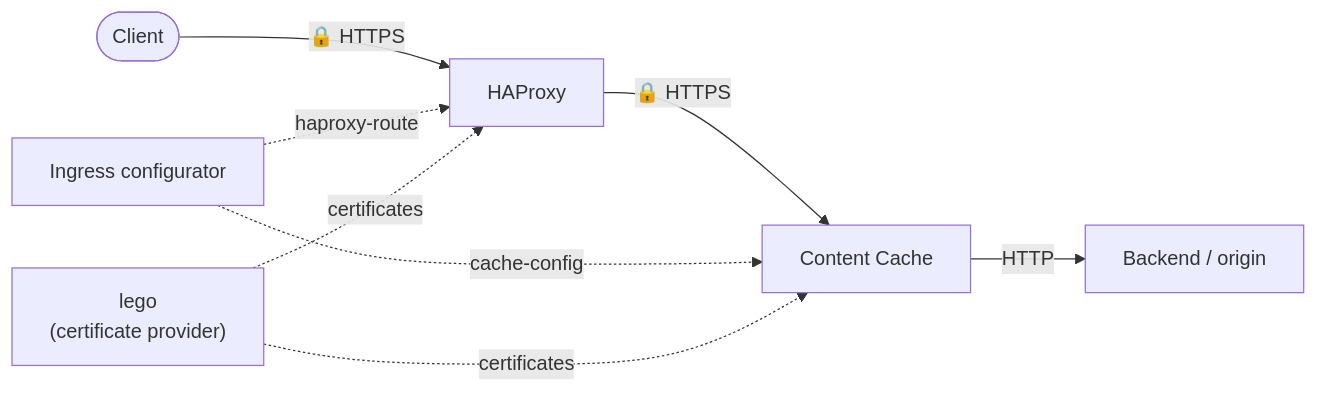
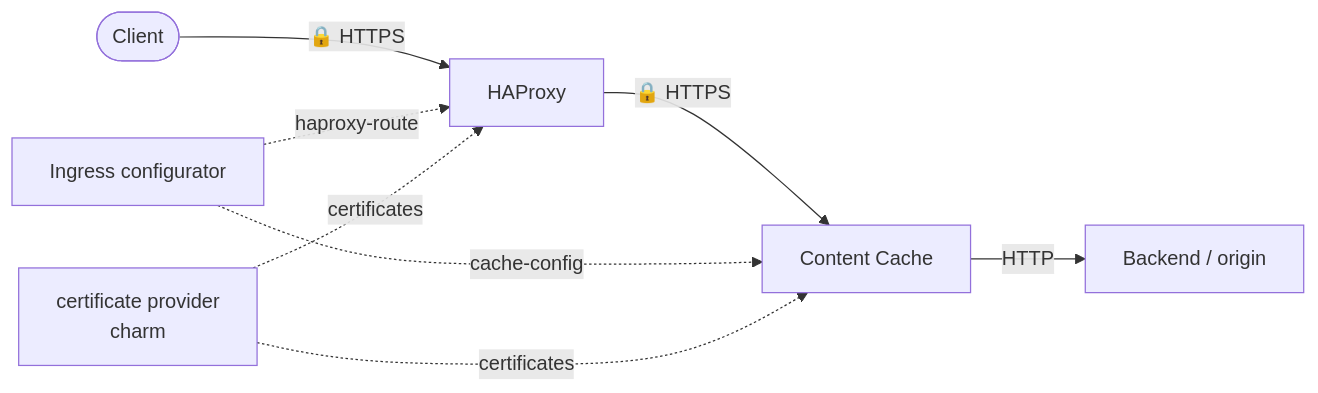
The third of 4 diagrams in docs/reference/deployment-architecture.md (canonical/content-cache-operator), drawn with Mermaid before and after one commit. The commit also changed other lines of this file, not shown here.

````diff
--- a/docs/reference/deployment-architecture.md
+++ b/docs/reference/deployment-architecture.md
@@ -101,10 +101,10 @@
 ```{mermaid}
 flowchart LR
     Client(["Client"]) -->|"🔒 HTTPS"| HAProxy["HAProxy"]
     HAProxy -->|"🔒 HTTPS"| CC["Content Cache"]
     CC -->|"HTTP"| Backend["Backend / origin"]
     IC["Ingress configurator"] -.->|"cache-config"| CC
     IC -.->|"haproxy-route"| HAProxy
-    Lego["lego<br/>(certificate provider)"] -.->|"certificates"| HAProxy
+    Lego["certificate provider<br/>charm"] -.->|"certificates"| HAProxy
     Lego -.->|"certificates"| CC
 ```
````
